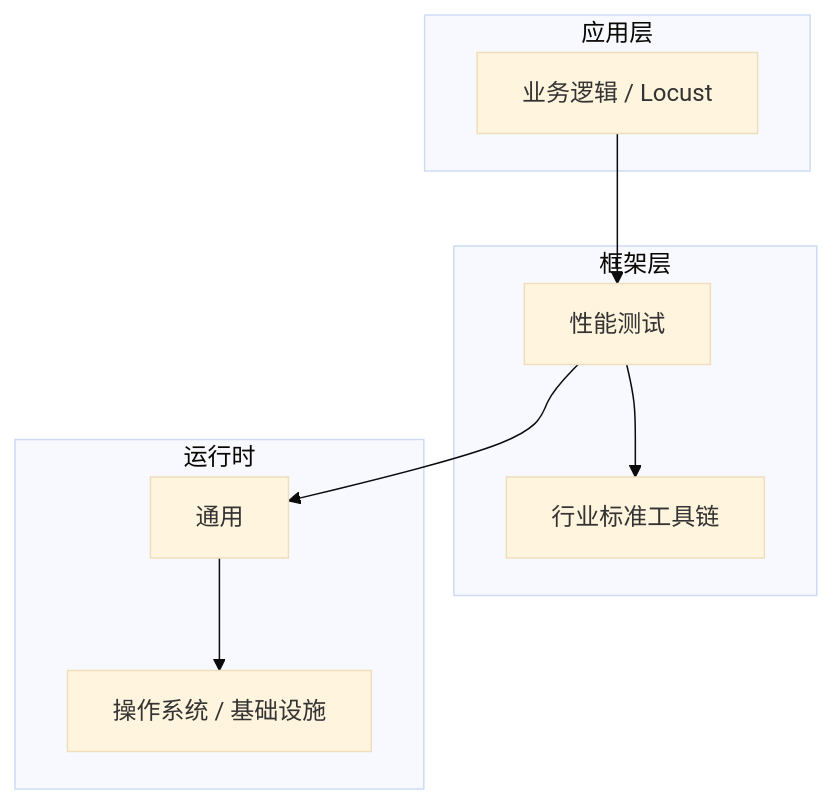
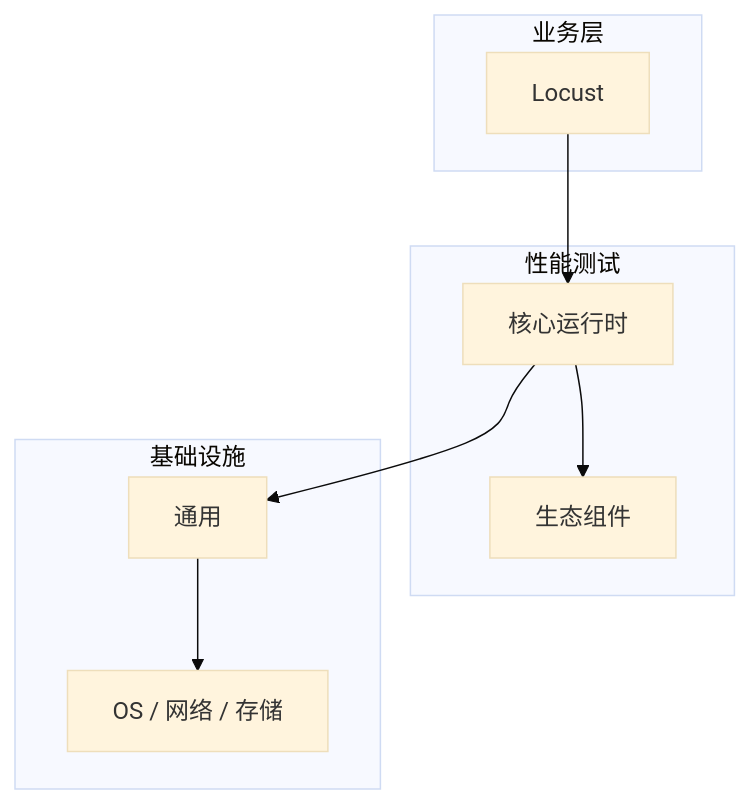
Before and after one commit to yanggan2015/knowledge-json-v2: the diagram in articles/性能测试/chapters/036-Locust核心概念与原理.md, drawn with Mermaid (base theme). The commit also changed other lines of this file and 10127 other files, not shown here.

````diff
--- a/articles/性能测试/chapters/036-Locust核心概念与原理.md
+++ b/articles/性能测试/chapters/036-Locust核心概念与原理.md
@@ -45,18 +34,18 @@
 ```mermaid
 graph TB
-    subgraph 应用层
-        A[业务逻辑 / Locust]
+    subgraph 业务层
+        A[Locust]
     end
-    subgraph 框架层
-        B[性能测试]
-        C[行业标准工具链]
+    subgraph 性能测试
+        B[核心运行时]
+        C[生态组件]
     end
-    subgraph 运行时
+    subgraph 基础设施
         D[通用]
-        E[操作系统 / 基础设施]
+        E[OS / 网络 / 存储]
     end
     A --> B
     B --> C
     B --> D
     D --> E
 ```
````
